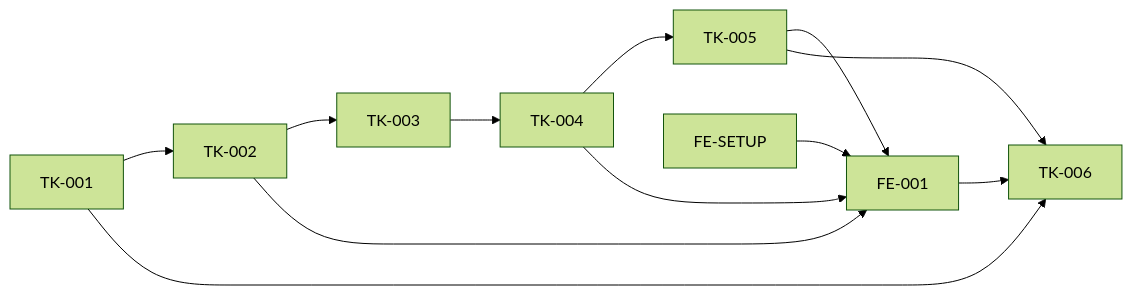
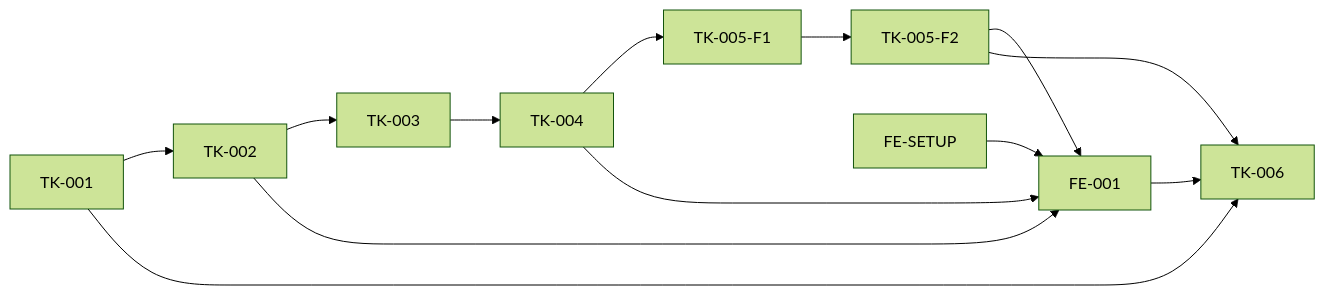
The diagram in docs/tickets/INDEX.md (ThomSchery/DatasetFactory), drawn with Mermaid (forest theme) before and after one commit. The commit also changed other lines of this file and 2 other files, not shown here.

````diff
--- a/docs/tickets/INDEX.md
+++ b/docs/tickets/INDEX.md
@@ -28,14 +36,15 @@
 ```mermaid
 graph LR
   A[TK-001] --> C[TK-002]
   C --> D[TK-003]
   D --> E[TK-004]
-  E --> F[TK-005]
+  E --> F1[TK-005-F1]
+  F1 --> F2[TK-005-F2]
   B[FE-SETUP] --> G[FE-001]
   C --> G
   E --> G
-  F --> G
+  F2 --> G
   A --> H[TK-006]
-  F --> H
+  F2 --> H
   G --> H
 ```
````
